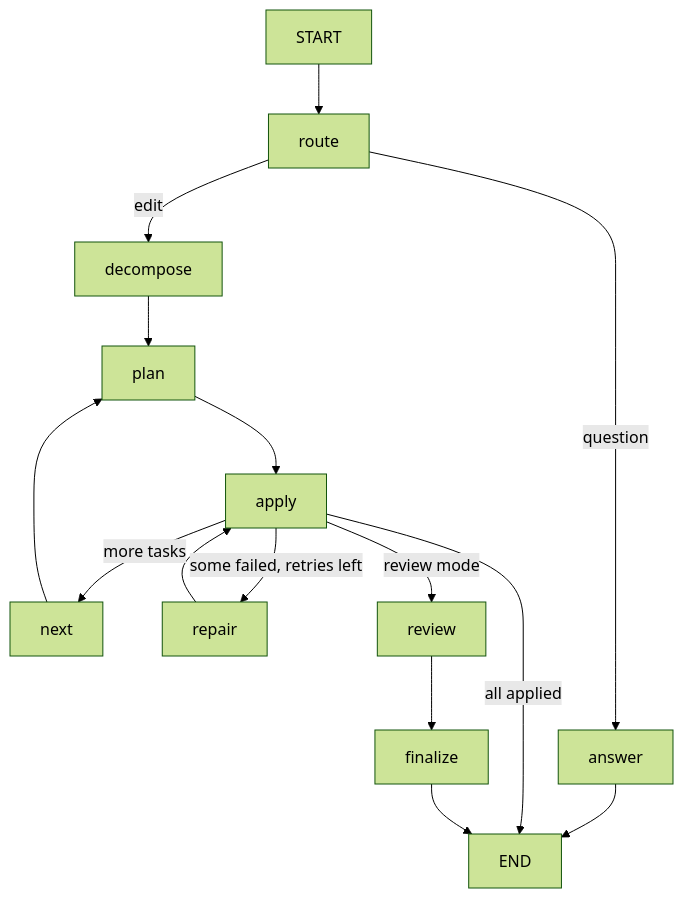
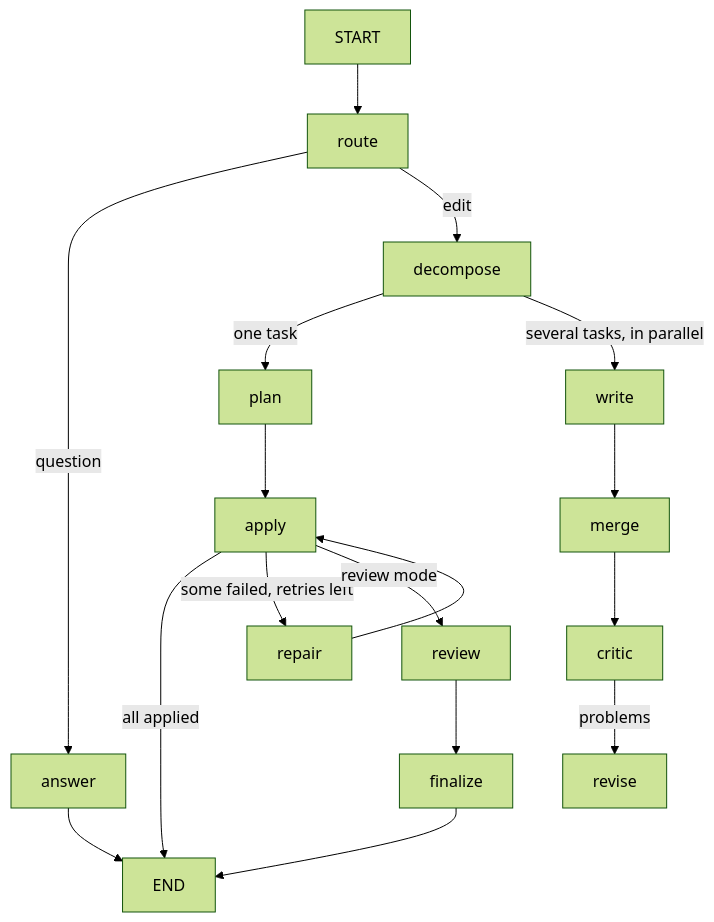
One commit to MSommo/ResuMaker changed the second of 2 diagrams in README.md. Above: the diagram before and after it, drawn with Mermaid (forest theme). The commit also changed other lines of this file and 7 other files, not shown here.

Commit message:
Parallel writers (LangGraph Send), deterministic merge, critic + one-shot revise; writers get read-only CV context

````diff
--- a/README.md
+++ b/README.md
@@ -83,10 +83,12 @@
 ```mermaid
 graph TD;
   START --> route;
   route -->|question| answer --> END;
-  route -->|edit| decompose --> plan --> apply;
-  apply -->|more tasks| next --> plan;
+  route -->|edit| decompose;
+  decompose -->|one task| plan --> apply;
+  decompose -->|several tasks, in parallel| write --> merge --> critic;
+  critic -->|problems| revise;
   apply -->|all applied| END;
   apply -->|some failed, retries left| repair --> apply;
   apply -->|review mode| review --> finalize --> END;
 ```
````
